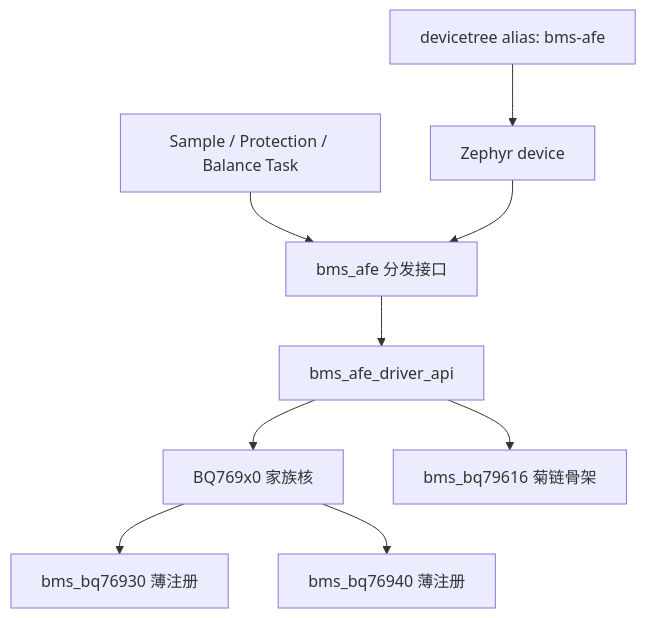
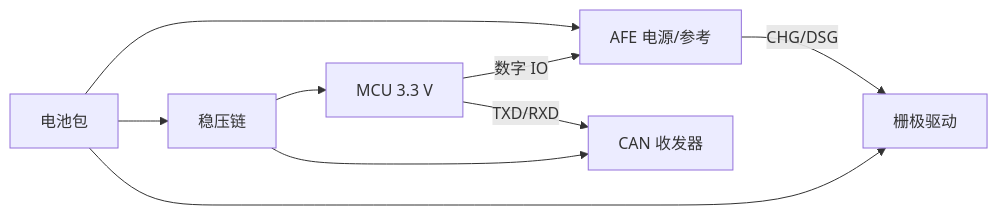
Before and after one commit to MosyuSora/Flex_LoVo_BMS: the second of 2 diagrams in document/interview/01-mcu-and-core-chips.md, drawn with Mermaid. The commit also changed other lines of this file, not shown here.

Commit message:
Refocus MCU interview guide on chip selection

````diff
--- a/document/interview/01-mcu-and-core-chips.md
+++ b/document/interview/01-mcu-and-core-chips.md
@@ -1260,12 +1125,11 @@
 ```mermaid
-flowchart TB
-    TASK["Sample / Protection / Balance Task"] --> API["bms_afe 分发接口"]
-    API --> VTABLE["bms_afe_driver_api"]
-    VTABLE --> X0["BQ769x0 家族核"]
-    X0 --> BQ30["bms_bq76930 薄注册"]
-    X0 --> BQ40["bms_bq76940 薄注册"]
-    VTABLE --> BQ79["bms_bq79616 菊链骨架"]
-
-    DT["devicetree alias: bms-afe"] --> DEV["Zephyr device"]
-    DEV --> API
+flowchart LR
+    Pack["电池包"] --> AFE["AFE 电源/参考"]
+    Pack --> Reg["稳压链"]
+    Reg --> MCU["MCU 3.3 V"]
+    Reg --> CAN["CAN 收发器"]
+    Pack --> Gate["栅极驱动"]
+    MCU -->|数字 IO| AFE
+    MCU -->|TXD/RXD| CAN
+    AFE -->|CHG/DSG| Gate
 ```
````
